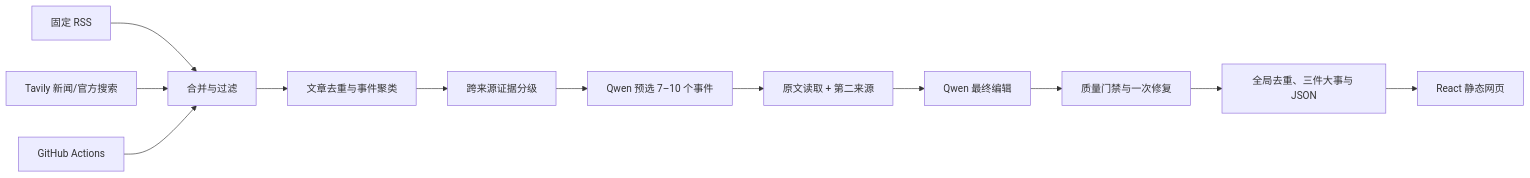
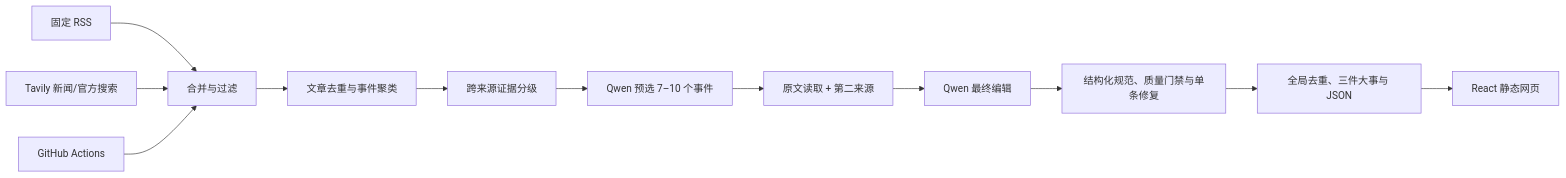
Before and after one commit to Allennb666/dailynews-briefing: the diagram in README.md, drawn with Mermaid. The commit also changed other lines of this file and 7 other files, not shown here.

````diff
--- a/README.md
+++ b/README.md
@@ -32,14 +33,14 @@
 ```mermaid
 flowchart LR
   RSS["固定 RSS"] --> COLLECT["合并与过滤"]
   SEARCH["Tavily 新闻/官方搜索"] --> COLLECT
   COLLECT --> EVENT["文章去重与事件聚类"]
   EVENT --> VERIFY["跨来源证据分级"]
   VERIFY --> PRE["Qwen 预选 7–10 个事件"]
   PRE --> MATERIAL["原文读取 + 第二来源"]
   MATERIAL --> AI["Qwen 最终编辑"]
-  AI --> GATE["质量门禁与一次修复"]
+  AI --> GATE["结构化规范、质量门禁与单条修复"]
   GATE --> JSON["全局去重、三件大事与 JSON"]
   JSON --> WEB["React 静态网页"]
   ACTIONS["GitHub Actions"] --> COLLECT
 ```
````
